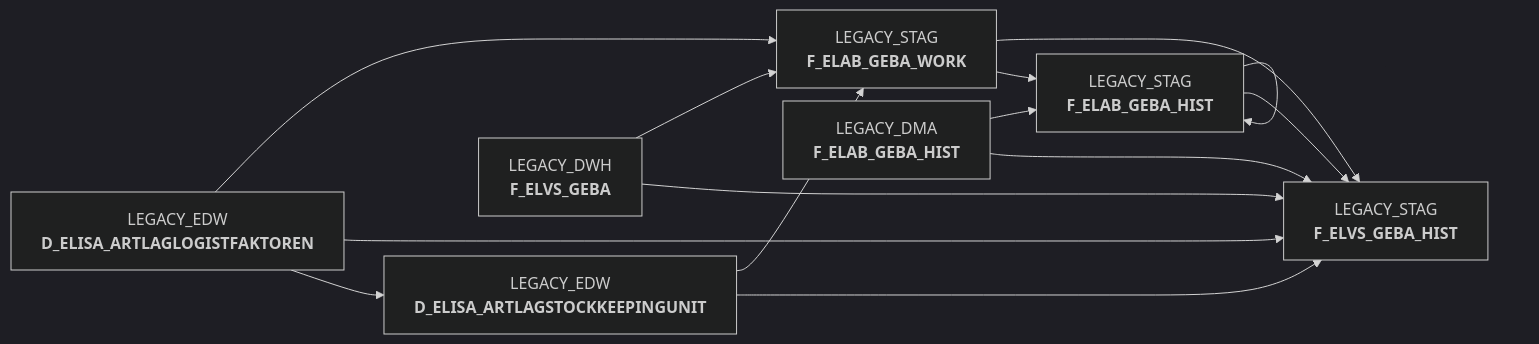
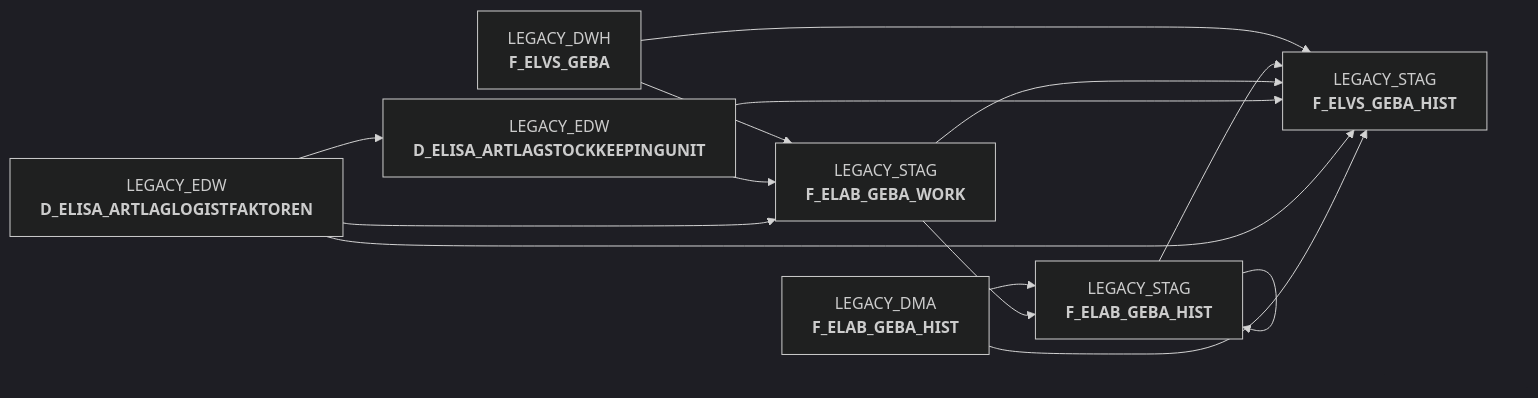
One commit to integration-factory-de/sas_code_docs changed the diagram in docs/Applications/BDWH_ELABGEBA/snow_elabgeba_100_geba_artlag_zusammenf.sas.md. Above: the diagram before and after it, drawn with Mermaid (dark theme). The commit also changed other lines of this file and 129 other files, not shown here.

````diff
--- a/docs/Applications/BDWH_ELABGEBA/snow_elabgeba_100_geba_artlag_zusammenf.sas.md
+++ b/docs/Applications/BDWH_ELABGEBA/snow_elabgeba_100_geba_artlag_zusammenf.sas.md
@@ -9,29 +43,29 @@
 ```mermaid
 %%{init: {'flowchart': { 'nodeSpacing': 10, 'rankSpacing': 40, 'rankdir': 'TB' }}}%%
 
 flowchart LR
 
+  LEGACY_DWH.F_ELVS_GEBA["LEGACY_DWH<br/><b>F_ELVS_GEBA</b>"] --> LEGACY_STAG.F_ELAB_GEBA_WORK["LEGACY_STAG<br/><b>F_ELAB_GEBA_WORK</b>"]
+  LEGACY_DWH.F_ELVS_GEBA["LEGACY_DWH<br/><b>F_ELVS_GEBA</b>"] --> LEGACY_STAG.F_ELVS_GEBA_HIST["LEGACY_STAG<br/><b>F_ELVS_GEBA_HIST</b>"]
+  LEGACY_DMA.F_ELAB_GEBA_HIST["LEGACY_DMA<br/><b>F_ELAB_GEBA_HIST</b>"] --> LEGACY_STAG.F_ELAB_GEBA_HIST["LEGACY_STAG<br/><b>F_ELAB_GEBA_HIST</b>"]
+  LEGACY_STAG.F_ELAB_GEBA_HIST["LEGACY_STAG<br/><b>F_ELAB_GEBA_HIST</b>"] --> LEGACY_STAG.F_ELVS_GEBA_HIST["LEGACY_STAG<br/><b>F_ELVS_GEBA_HIST</b>"]
   LEGACY_EDW.D_ELISA_ARTLAGSTOCKKEEPINGUNIT["LEGACY_EDW<br/><b>D_ELISA_ARTLAGSTOCKKEEPINGUNIT</b>"] --> LEGACY_STAG.F_ELAB_GEBA_WORK["LEGACY_STAG<br/><b>F_ELAB_GEBA_WORK</b>"]
   LEGACY_EDW.D_ELISA_ARTLAGLOGISTFAKTOREN["LEGACY_EDW<br/><b>D_ELISA_ARTLAGLOGISTFAKTOREN</b>"] --> LEGACY_STAG.F_ELAB_GEBA_WORK["LEGACY_STAG<br/><b>F_ELAB_GEBA_WORK</b>"]
   LEGACY_STAG.F_ELAB_GEBA_WORK["LEGACY_STAG<br/><b>F_ELAB_GEBA_WORK</b>"] --> LEGACY_STAG.F_ELVS_GEBA_HIST["LEGACY_STAG<br/><b>F_ELVS_GEBA_HIST</b>"]
+  LEGACY_STAG.F_ELAB_GEBA_HIST["LEGACY_STAG<br/><b>F_ELAB_GEBA_HIST</b>"] --> LEGACY_STAG.F_ELAB_GEBA_HIST["LEGACY_STAG<br/><b>F_ELAB_GEBA_HIST</b>"]
+  LEGACY_EDW.D_ELISA_ARTLAGSTOCKKEEPINGUNIT["LEGACY_EDW<br/><b>D_ELISA_ARTLAGSTOCKKEEPINGUNIT</b>"] --> LEGACY_STAG.F_ELVS_GEBA_HIST["LEGACY_STAG<br/><b>F_ELVS_GEBA_HIST</b>"]
+  LEGACY_EDW.D_ELISA_ARTLAGLOGISTFAKTOREN["LEGACY_EDW<br/><b>D_ELISA_ARTLAGLOGISTFAKTOREN</b>"] --> LEGACY_EDW.D_ELISA_ARTLAGSTOCKKEEPINGUNIT["LEGACY_EDW<br/><b>D_ELISA_ARTLAGSTOCKKEEPINGUNIT</b>"]
   LEGACY_STAG.F_ELAB_GEBA_WORK["LEGACY_STAG<br/><b>F_ELAB_GEBA_WORK</b>"] --> LEGACY_STAG.F_ELAB_GEBA_HIST["LEGACY_STAG<br/><b>F_ELAB_GEBA_HIST</b>"]
   LEGACY_EDW.D_ELISA_ARTLAGLOGISTFAKTOREN["LEGACY_EDW<br/><b>D_ELISA_ARTLAGLOGISTFAKTOREN</b>"] --> LEGACY_STAG.F_ELVS_GEBA_HIST["LEGACY_STAG<br/><b>F_ELVS_GEBA_HIST</b>"]
-  LEGACY_DMA.F_ELAB_GEBA_HIST["LEGACY_DMA<br/><b>F_ELAB_GEBA_HIST</b>"] --> LEGACY_STAG.F_ELAB_GEBA_HIST["LEGACY_STAG<br/><b>F_ELAB_GEBA_HIST</b>"]
-  LEGACY_STAG.F_ELAB_GEBA_HIST["LEGACY_STAG<br/><b>F_ELAB_GEBA_HIST</b>"] --> LEGACY_STAG.F_ELAB_GEBA_HIST["LEGACY_STAG<br/><b>F_ELAB_GEBA_HIST</b>"]
-  LEGACY_EDW.D_ELISA_ARTLAGSTOCKKEEPINGUNIT["LEGACY_EDW<br/><b>D_ELISA_ARTLAGSTOCKKEEPINGUNIT</b>"] --> LEGACY_STAG.F_ELVS_GEBA_HIST["LEGACY_STAG<br/><b>F_ELVS_GEBA_HIST</b>"]
   LEGACY_DMA.F_ELAB_GEBA_HIST["LEGACY_DMA<br/><b>F_ELAB_GEBA_HIST</b>"] --> LEGACY_STAG.F_ELVS_GEBA_HIST["LEGACY_STAG<br/><b>F_ELVS_GEBA_HIST</b>"]
-  LEGACY_STAG.F_ELAB_GEBA_HIST["LEGACY_STAG<br/><b>F_ELAB_GEBA_HIST</b>"] --> LEGACY_STAG.F_ELVS_GEBA_HIST["LEGACY_STAG<br/><b>F_ELVS_GEBA_HIST</b>"]
-  LEGACY_EDW.D_ELISA_ARTLAGLOGISTFAKTOREN["LEGACY_EDW<br/><b>D_ELISA_ARTLAGLOGISTFAKTOREN</b>"] --> LEGACY_EDW.D_ELISA_ARTLAGSTOCKKEEPINGUNIT["LEGACY_EDW<br/><b>D_ELISA_ARTLAGSTOCKKEEPINGUNIT</b>"]
-  LEGACY_DWH.F_ELVS_GEBA["LEGACY_DWH<br/><b>F_ELVS_GEBA</b>"] --> LEGACY_STAG.F_ELAB_GEBA_WORK["LEGACY_STAG<br/><b>F_ELAB_GEBA_WORK</b>"]
-  LEGACY_DWH.F_ELVS_GEBA["LEGACY_DWH<br/><b>F_ELVS_GEBA</b>"] --> LEGACY_STAG.F_ELVS_GEBA_HIST["LEGACY_STAG<br/><b>F_ELVS_GEBA_HIST</b>"]
+  click LEGACY_DWH.F_ELVS_GEBA "../../tables/LEGACY_DWH/F_ELVS_GEBA"
+  click LEGACY_DMA.F_ELAB_GEBA_HIST "../../tables/LEGACY_DMA/F_ELAB_GEBA_HIST"
+  click LEGACY_STAG.F_ELAB_GEBA_HIST "../../tables/LEGACY_STAG/F_ELAB_GEBA_HIST"
   click LEGACY_EDW.D_ELISA_ARTLAGSTOCKKEEPINGUNIT "../../tables/LEGACY_EDW/D_ELISA_ARTLAGSTOCKKEEPINGUNIT"
   click LEGACY_EDW.D_ELISA_ARTLAGLOGISTFAKTOREN "../../tables/LEGACY_EDW/D_ELISA_ARTLAGLOGISTFAKTOREN"
   click LEGACY_STAG.F_ELAB_GEBA_WORK "../../tables/LEGACY_STAG/F_ELAB_GEBA_WORK"
-  click LEGACY_DMA.F_ELAB_GEBA_HIST "../../tables/LEGACY_DMA/F_ELAB_GEBA_HIST"
-  click LEGACY_STAG.F_ELAB_GEBA_HIST "../../tables/LEGACY_STAG/F_ELAB_GEBA_HIST"
-  click LEGACY_DWH.F_ELVS_GEBA "../../tables/LEGACY_DWH/F_ELVS_GEBA"
   click LEGACY_STAG.F_ELAB_GEBA_WORK "../../tables/LEGACY_STAG/F_ELAB_GEBA_WORK"
   click LEGACY_STAG.F_ELVS_GEBA_HIST "../../tables/LEGACY_STAG/F_ELVS_GEBA_HIST"
   click LEGACY_STAG.F_ELAB_GEBA_HIST "../../tables/LEGACY_STAG/F_ELAB_GEBA_HIST"
   click LEGACY_EDW.D_ELISA_ARTLAGSTOCKKEEPINGUNIT "../../tables/LEGACY_EDW/D_ELISA_ARTLAGSTOCKKEEPINGUNIT"
 ```
````
